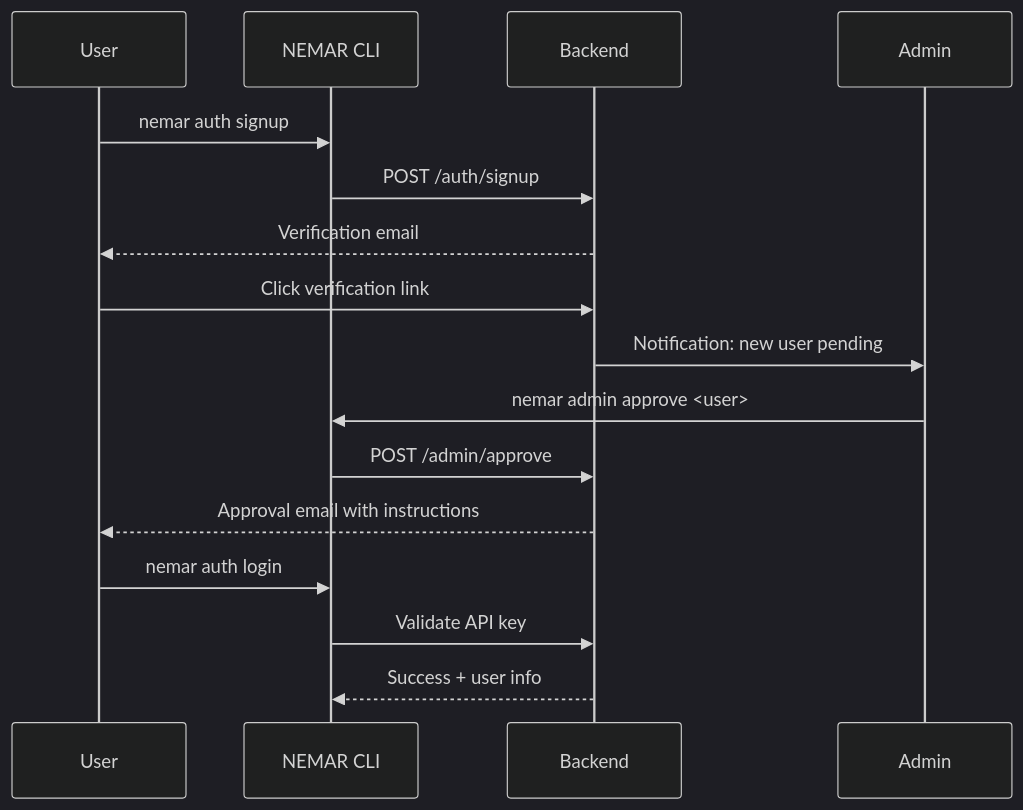
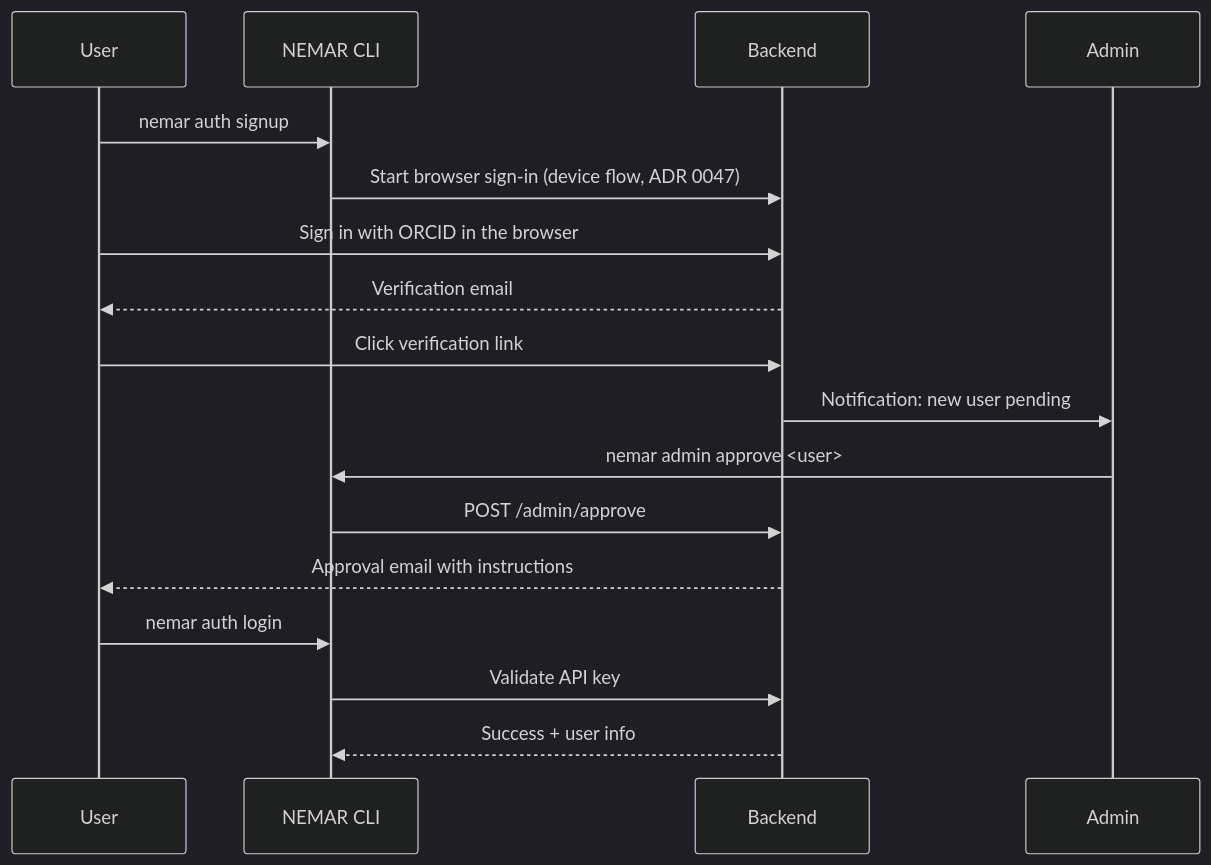
One commit to nemarOrg/nemar-cli changed the second of 7 diagrams in README.md. Above: the diagram before and after it, drawn with Mermaid (dark theme). The commit also changed 25 other files, not shown here.

````diff
--- a/README.md
+++ b/README.md
@@ -121,19 +121,20 @@
 ```mermaid
 sequenceDiagram
     participant U as User
     participant CLI as NEMAR CLI
     participant API as Backend
     participant Admin as Admin
 
     U->>CLI: nemar auth signup
-    CLI->>API: POST /auth/signup
+    CLI->>API: Start browser sign-in (device flow, ADR 0047)
+    U->>API: Sign in with ORCID in the browser
     API-->>U: Verification email
     U->>API: Click verification link
     API->>Admin: Notification: new user pending
     Admin->>CLI: nemar admin approve <user>
     CLI->>API: POST /admin/approve
     API-->>U: Approval email with instructions
     U->>CLI: nemar auth login
     CLI->>API: Validate API key
     API-->>CLI: Success + user info
 ```
````
